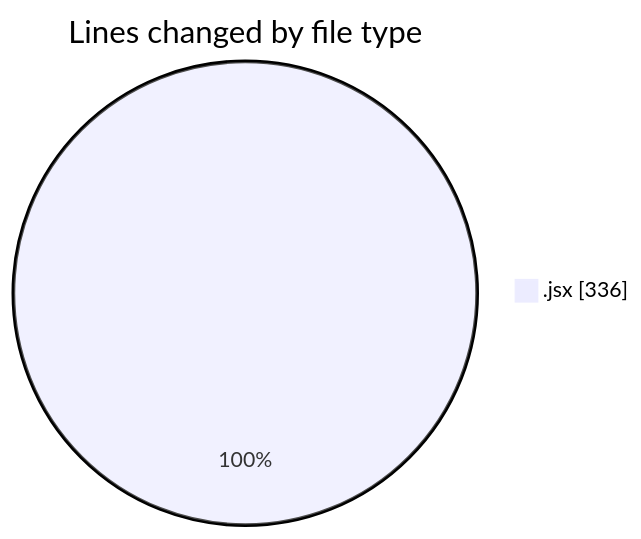
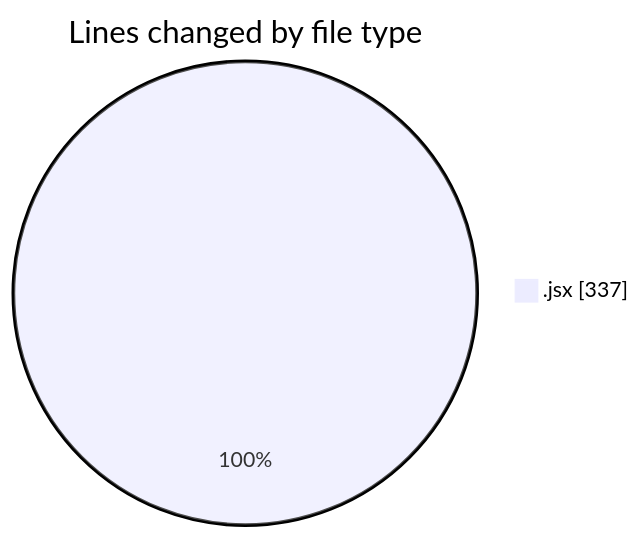
The first of 2 diagrams in 2025-07-04/argos/README.md (nxtqubesakshisongat/code-tracking), drawn with Mermaid before and after one commit. The commit also changed other lines of this file and 1 other file, not shown here.

````diff
--- a/2025-07-04/argos/README.md
+++ b/2025-07-04/argos/README.md
@@ -20,5 +20,5 @@
 ```mermaid
 pie showData
 title Lines changed by file type
-".jsx" : 336
+".jsx" : 337
 ```
````
